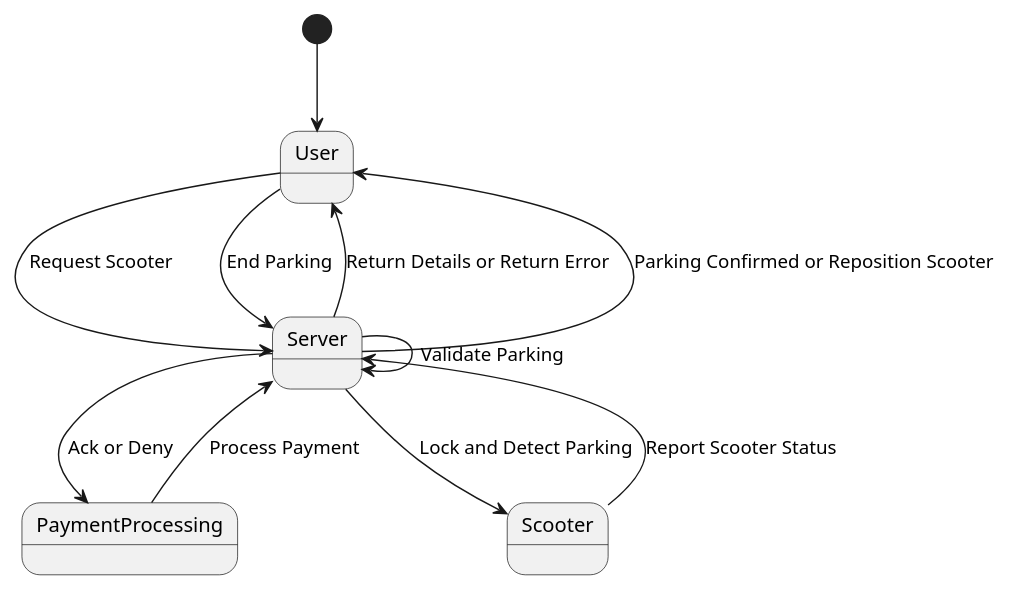
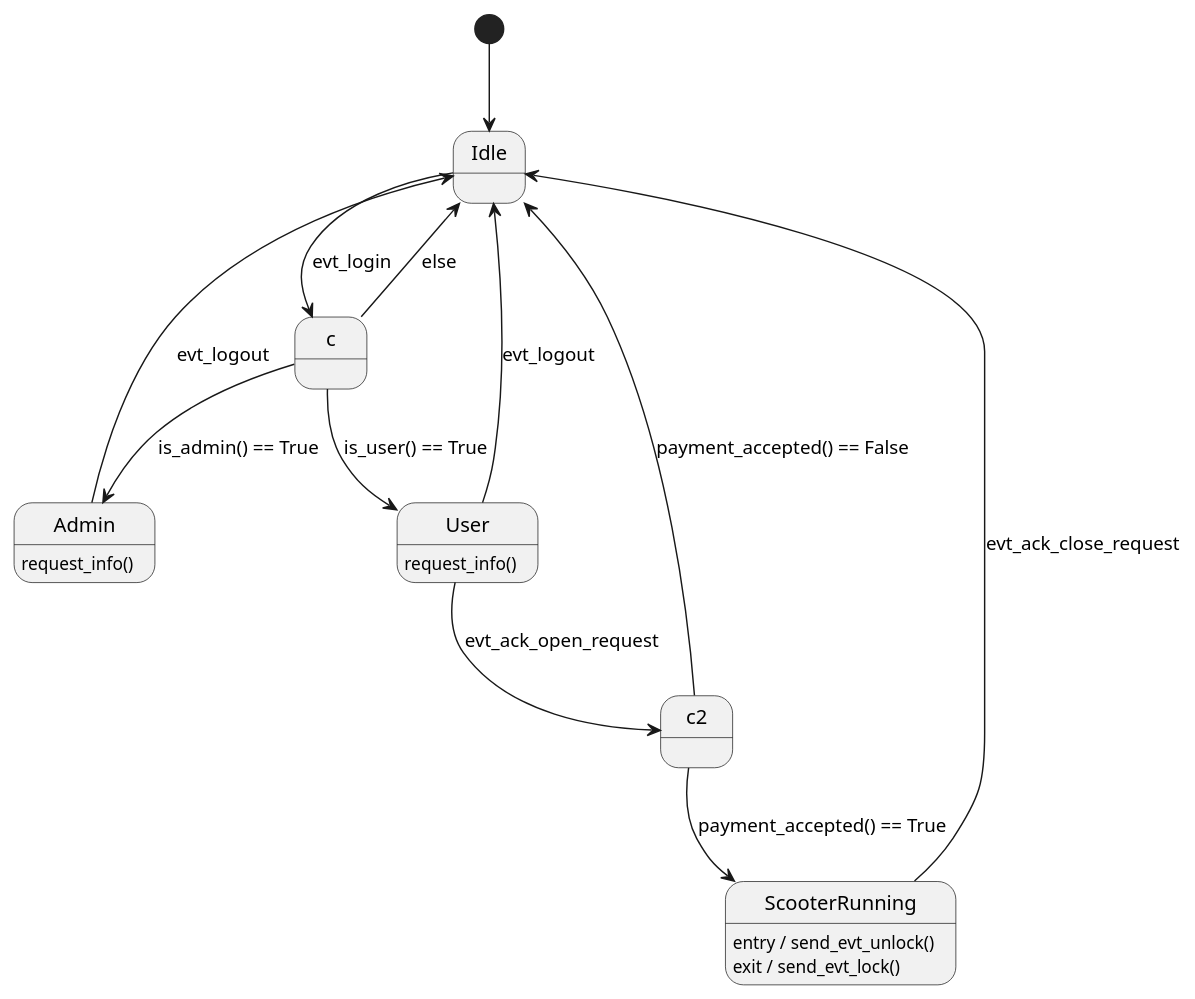
Before and after one commit to SverreNystad/communication-systems: the diagram in docs/diagrams/server-state.puml, drawn with PlantUML.

Commit message:
docs: update server state diagram to include admin and user request info events

```diff
--- a/docs/diagrams/server-state.puml
+++ b/docs/diagrams/server-state.puml
@@ -1,21 +1,26 @@
 @startuml
+[*] --> Idle
 
-[*] --> User
-PaymentProcessing --> Server : Process Payment
-Server --> PaymentProcessing : Ack or Deny
+Admin: request_info()
+User: request_info()
+Idle --> c : evt_login
 
-Server --> Scooter : Lock and Detect Parking
-Scooter --> Server : Report Scooter Status
+state c <<choice>>
+c --> Admin : is_admin() == True
+c --> User : is_user() == True
+c --> Idle : else
 
-User --> Server : Request Scooter
-Server --> User : Return Details or Return Error
+Admin --> Idle : evt_logout
+User --> Idle : evt_logout
 
-User --> Server : End Parking
-Server --> User : Parking Confirmed or Reposition Scooter
+User --> c2 : evt_ack_open_request
 
-Server --> Server : Validate Parking
+state c2 <<choice>>
+c2 --> Idle : payment_accepted() == False
+c2 --> ScooterRunning : payment_accepted() == True
 
+ScooterRunning : entry / send_evt_unlock()
+ScooterRunning : exit / send_evt_lock()
 
-
-
+ScooterRunning --> Idle : evt_ack_close_request
 @enduml
```
